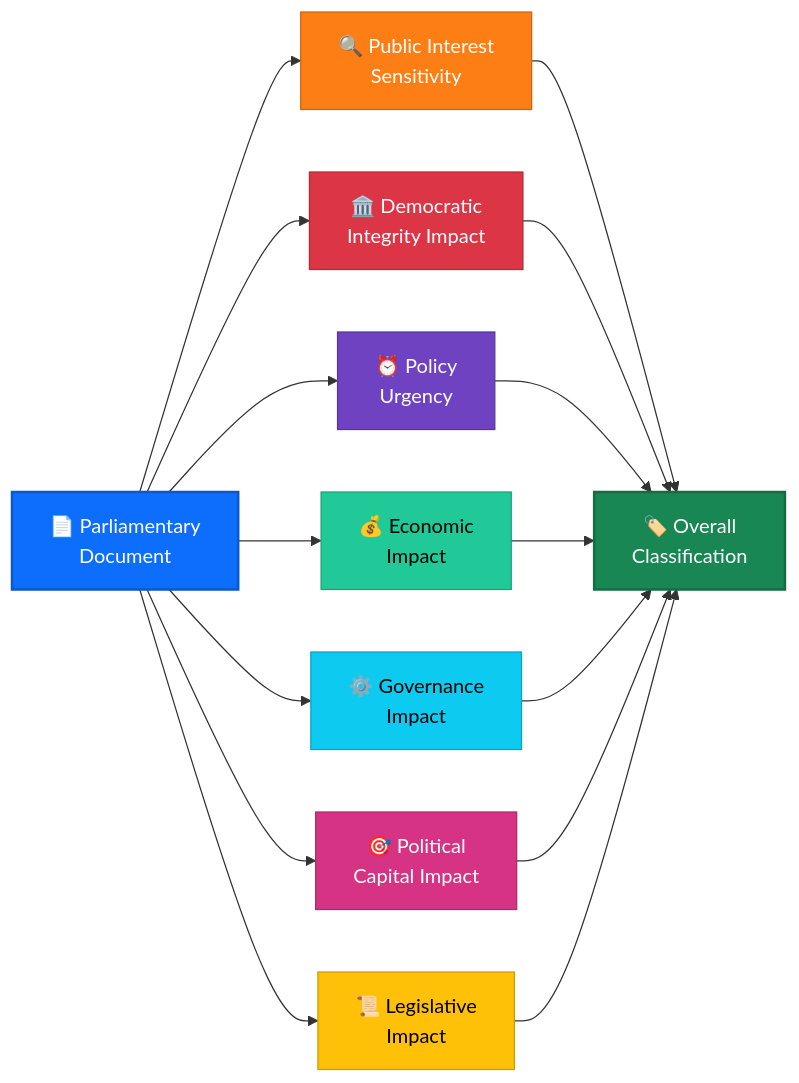
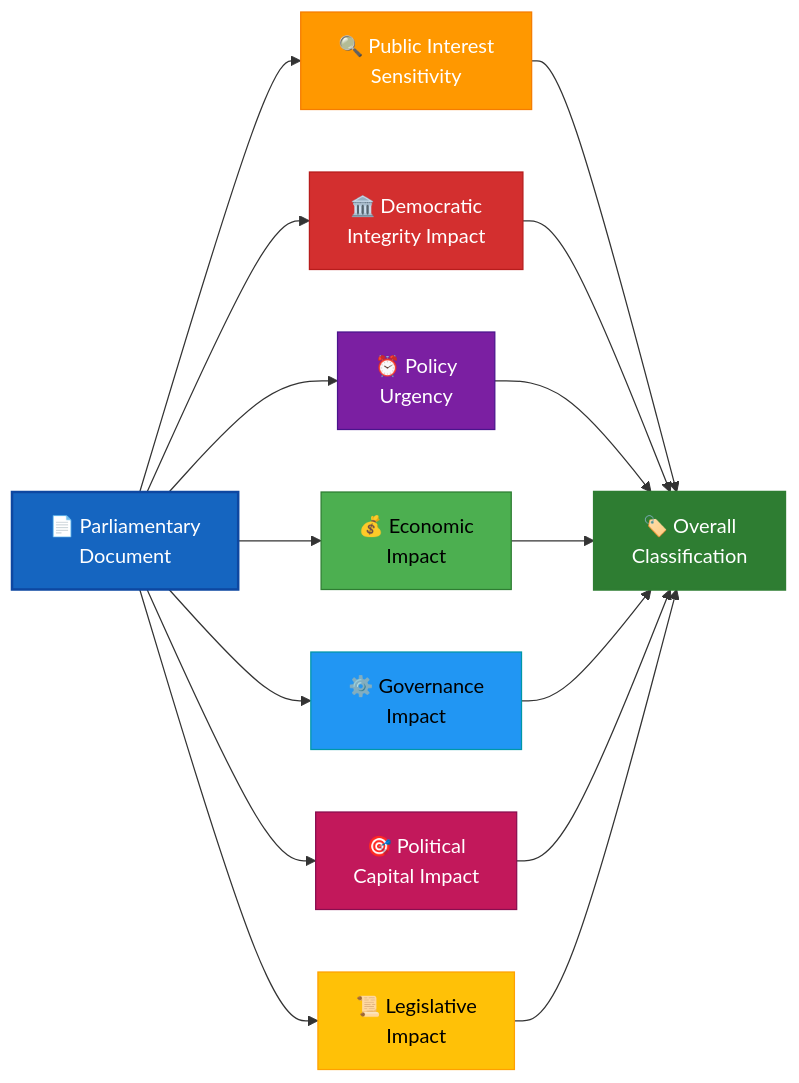
One commit to Hack23/riksdagsmonitor changed the fourth of 11 diagrams in analysis/methodologies/README.md. Above: the diagram before and after it, drawn with Mermaid. The commit also changed other lines of this file and 14 other files, not shown here.

First line of the commit message:
Align analysis/ mermaid diagrams with ISMS Style Guide palette and convert SWOT to quadrantChart

````diff
--- a/analysis/methodologies/README.md
+++ b/analysis/methodologies/README.md
@@ -275,27 +275,27 @@
 ```mermaid
 graph LR
     DOC["📄 Parliamentary<br/>Document"] --> C1["🔍 Public Interest<br/>Sensitivity"]
     DOC --> C2["🏛️ Democratic<br/>Integrity Impact"]
     DOC --> C3["⏰ Policy<br/>Urgency"]
     DOC --> C4["💰 Economic<br/>Impact"]
     DOC --> C5["⚙️ Governance<br/>Impact"]
     DOC --> C6["🎯 Political<br/>Capital Impact"]
     DOC --> C7["📜 Legislative<br/>Impact"]
     C1 --> OUT["🏷️ Overall<br/>Classification"]
     C2 --> OUT
     C3 --> OUT
     C4 --> OUT
     C5 --> OUT
     C6 --> OUT
     C7 --> OUT
 
-    style DOC fill:#0d6efd,color:#fff,stroke:#0a58ca,stroke-width:2px
-    style OUT fill:#198754,color:#fff,stroke:#146c43,stroke-width:2px
-    style C1 fill:#fd7e14,color:#fff,stroke:#ca6510
-    style C2 fill:#dc3545,color:#fff,stroke:#b02a37
-    style C3 fill:#6f42c1,color:#fff,stroke:#59359a
-    style C4 fill:#20c997,color:#000,stroke:#1aa179
-    style C5 fill:#0dcaf0,color:#000,stroke:#0aa2c0
-    style C6 fill:#d63384,color:#fff,stroke:#ab296a
-    style C7 fill:#ffc107,color:#000,stroke:#cc9a06
+    style DOC fill:#1565C0,color:#FFFFFF,stroke:#0D47A1,stroke-width:2px
+    style OUT fill:#2E7D32,color:#FFFFFF,stroke:#2E7D32,stroke-width:2px
+    style C1 fill:#FF9800,color:#FFFFFF,stroke:#F57C00
+    style C2 fill:#D32F2F,color:#FFFFFF,stroke:#B71C1C
+    style C3 fill:#7B1FA2,color:#FFFFFF,stroke:#4A148C
+    style C4 fill:#4CAF50,color:#000000,stroke:#2E7D32
+    style C5 fill:#2196F3,color:#000000,stroke:#0097A7
+    style C6 fill:#C2185B,color:#FFFFFF,stroke:#880E4F
+    style C7 fill:#FFC107,color:#000000,stroke:#FFA000
 ```
````
